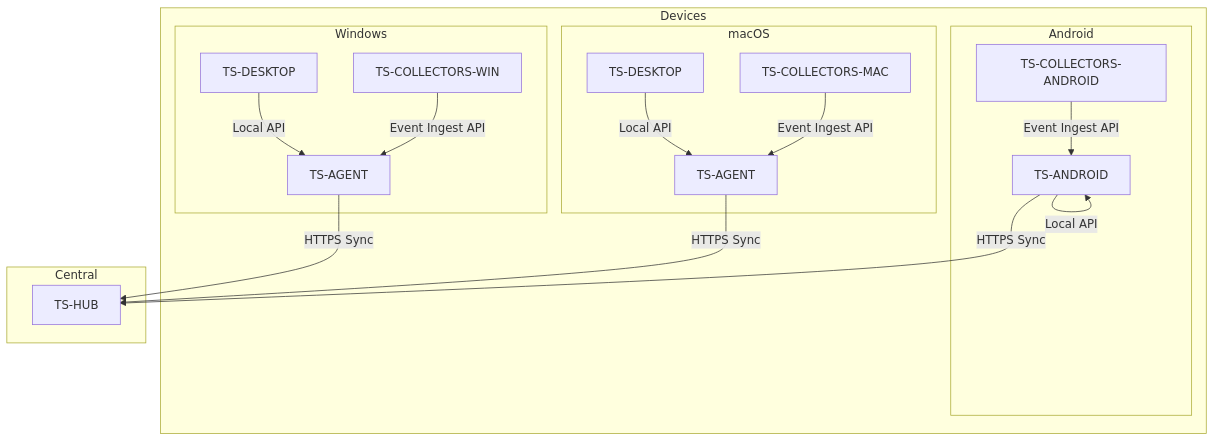
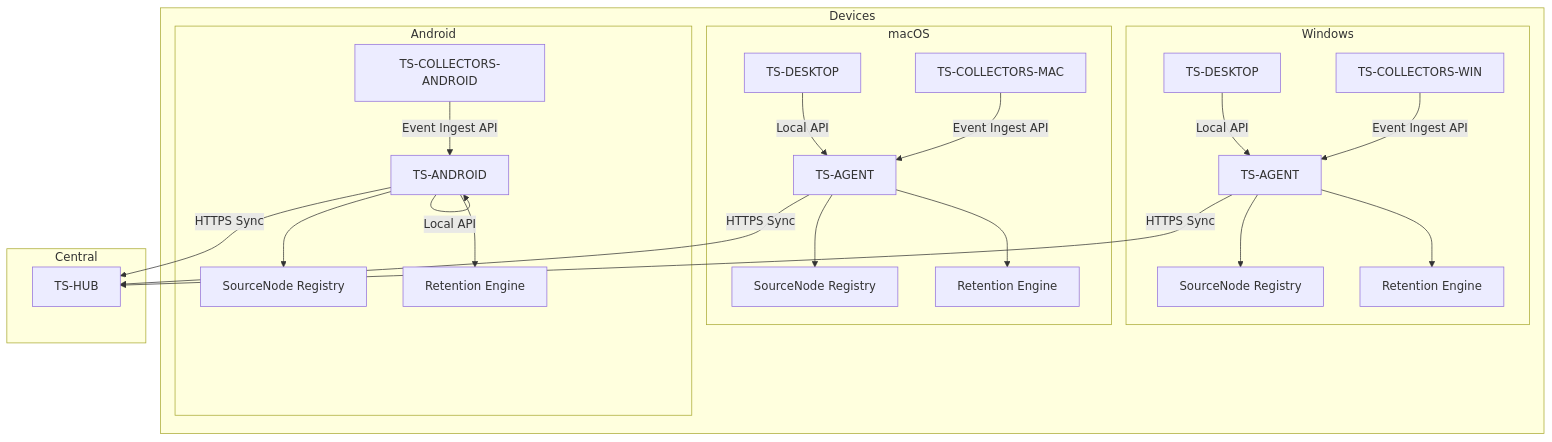
Before and after one commit to asukhodko/timeskein: the second of 2 diagrams in .qoder/repowiki/en/content/Technical Design Specifications.md, drawn with Mermaid. The commit also changed other lines of this file and 8 other files, not shown here.

First line of the commit message:
docs(architecture): adopt manual-first philosophy as core architectural foundation

````diff
--- a/.qoder/repowiki/en/content/Technical Design Specifications.md
+++ b/.qoder/repowiki/en/content/Technical Design Specifications.md
@@ -94,31 +123,43 @@
 ```mermaid
 graph TB
 subgraph "Devices"
 subgraph "Windows"
 WSurface["TS-DESKTOP"]
 WAgent["TS-AGENT"]
 WCollectors["TS-COLLECTORS-WIN"]
+WSourceNode["SourceNode Registry"]
+WRetention["Retention Engine"]
 end
 subgraph "macOS"
 MSurface["TS-DESKTOP"]
 MAgent["TS-AGENT"]
 MCollectors["TS-COLLECTORS-MAC"]
+MSourceNode["SourceNode Registry"]
+MRetention["Retention Engine"]
 end
 subgraph "Android"
 AApp["TS-ANDROID"]
 ACollectors["TS-COLLECTORS-ANDROID"]
+ASourceNode["SourceNode Registry"]
+ARetention["Retention Engine"]
 end
 end
 subgraph "Central"
 Hub["TS-HUB"]
 end
 WSurface -- "Local API" --> WAgent
 MSurface -- "Local API" --> MAgent
 AApp -- "Local API" --> AApp
 WCollectors -- "Event Ingest API" --> WAgent
 MCollectors -- "Event Ingest API" --> MAgent
 ACollectors -- "Event Ingest API" --> AApp
 WAgent -- "HTTPS Sync" --> Hub
 MAgent -- "HTTPS Sync" --> Hub
 AApp -- "HTTPS Sync" --> Hub
+WAgent --> WSourceNode
+MAgent --> MSourceNode
+AApp --> ASourceNode
+WAgent --> WRetention
+MAgent --> MRetention
+AApp --> ARetention
 ```
````
